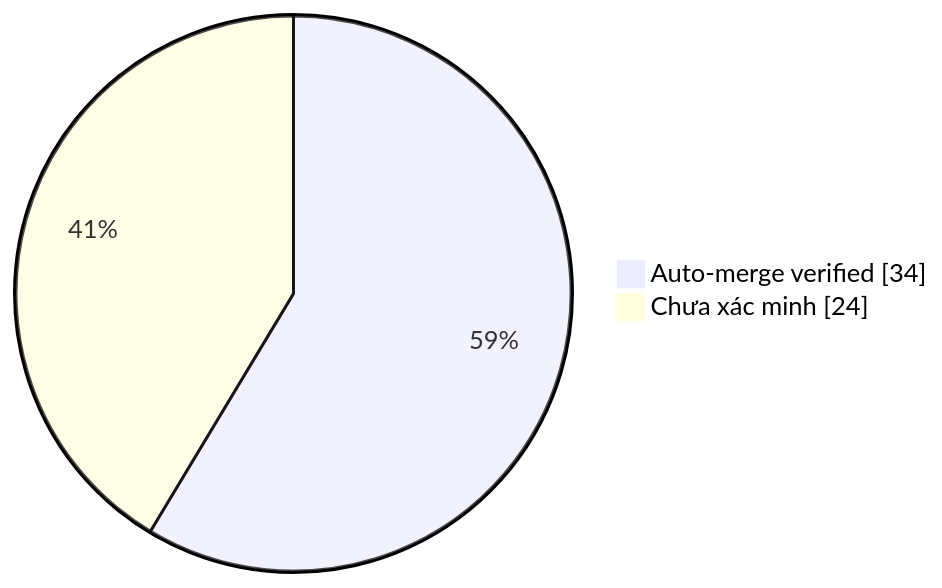
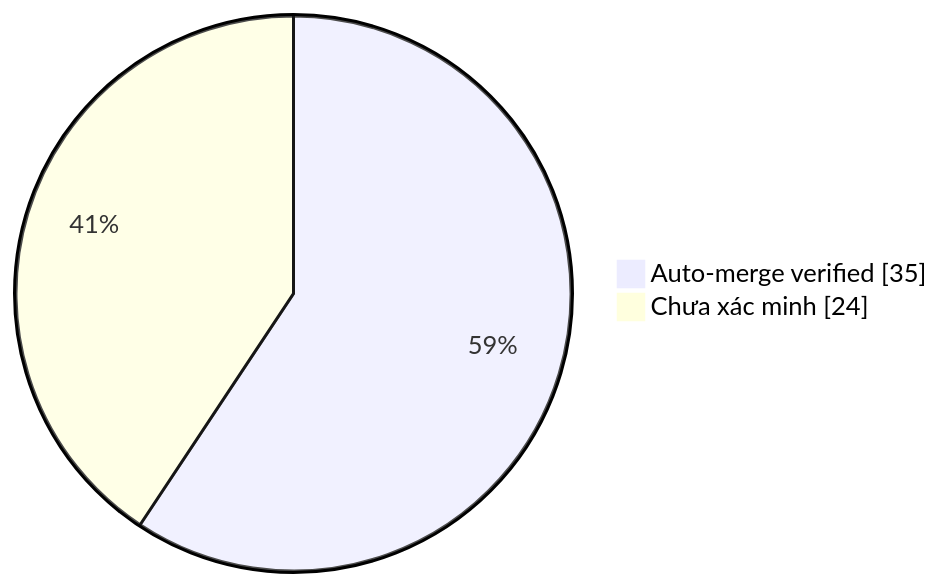
The diagram in collector.md (duykhang68/tetdinhmuiblog), drawn with Mermaid before and after one commit. The commit also changed other lines of this file and 1 other file, not shown here.

Commit message:
docs(collector): update auto-merge evidence dashboard

````diff
--- a/collector.md
+++ b/collector.md
@@ -22,5 +22,5 @@
 ```mermaid
 pie showData
-    "Auto-merge verified" : 34
+    "Auto-merge verified" : 35
     "Chưa xác minh" : 24
 ```
````
